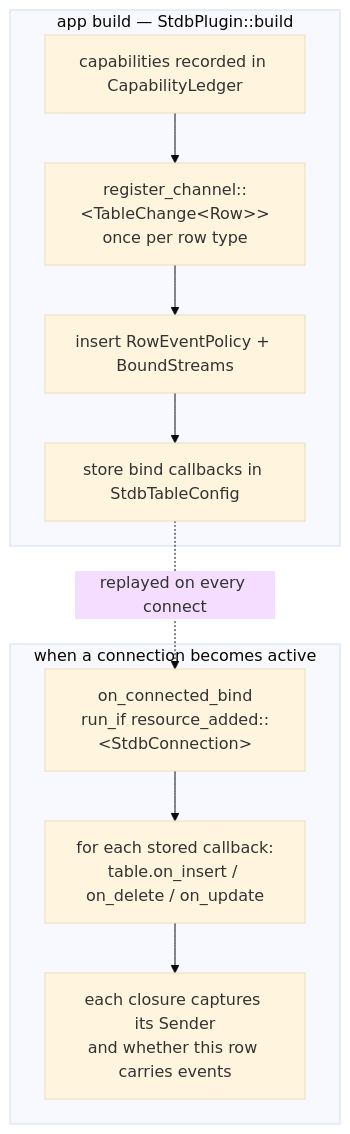
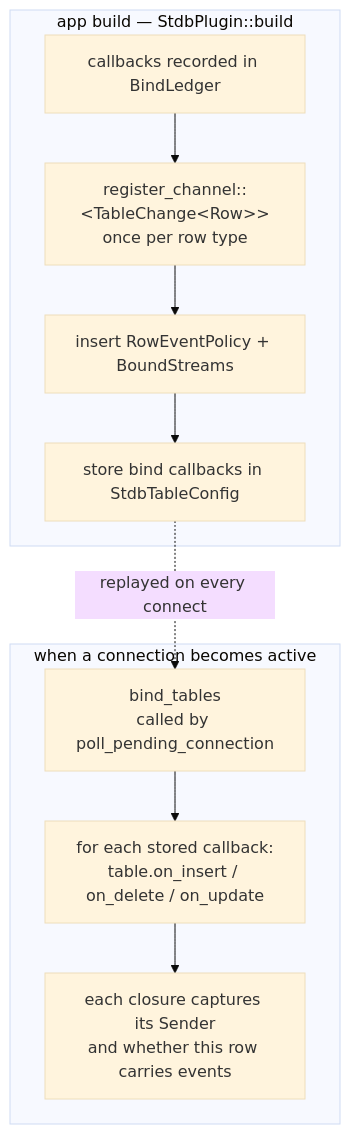
One commit to onx2/bevy_stdb changed the fourth of 7 diagrams in docs/architecture.md. Above: the diagram before and after it, drawn with Mermaid (base theme). The commit also changed other lines of this file and 1 other file, not shown here.

````diff
--- a/docs/architecture.md
+++ b/docs/architecture.md
@@ -144,19 +144,19 @@
 ```mermaid
 flowchart TB
     subgraph build["app build — StdbPlugin::build"]
-        b1["capabilities recorded in CapabilityLedger"]
+        b1["callbacks recorded in BindLedger"]
         b2["register_channel::&lt;TableChange&lt;Row&gt;&gt;<br/>once per row type"]
         b3["insert RowEventPolicy + BoundStreams"]
         b4["store bind callbacks in StdbTableConfig"]
     end
 
     subgraph run["when a connection becomes active"]
-        r1["on_connected_bind<br/>run_if resource_added::&lt;StdbConnection&gt;"]
+        r1["bind_tables<br/>called by poll_pending_connection"]
         r2["for each stored callback:<br/>table.on_insert / on_delete / on_update"]
         r3["each closure captures its Sender<br/>and whether this row carries events"]
     end
 
     b1 --> b2 --> b3 --> b4
     b4 -. "replayed on every connect" .-> r1
     r1 --> r2 --> r3
 ```
````
